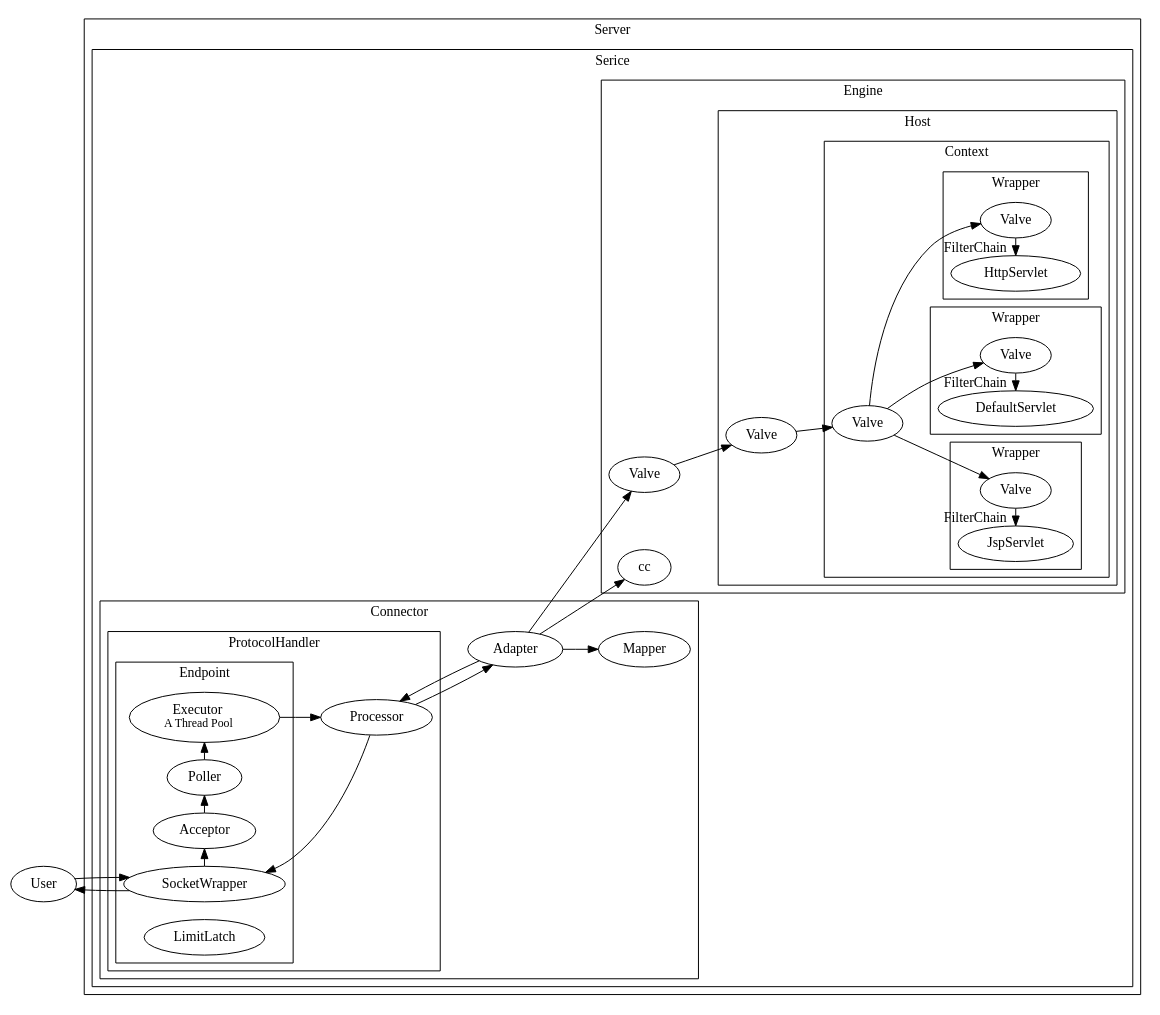
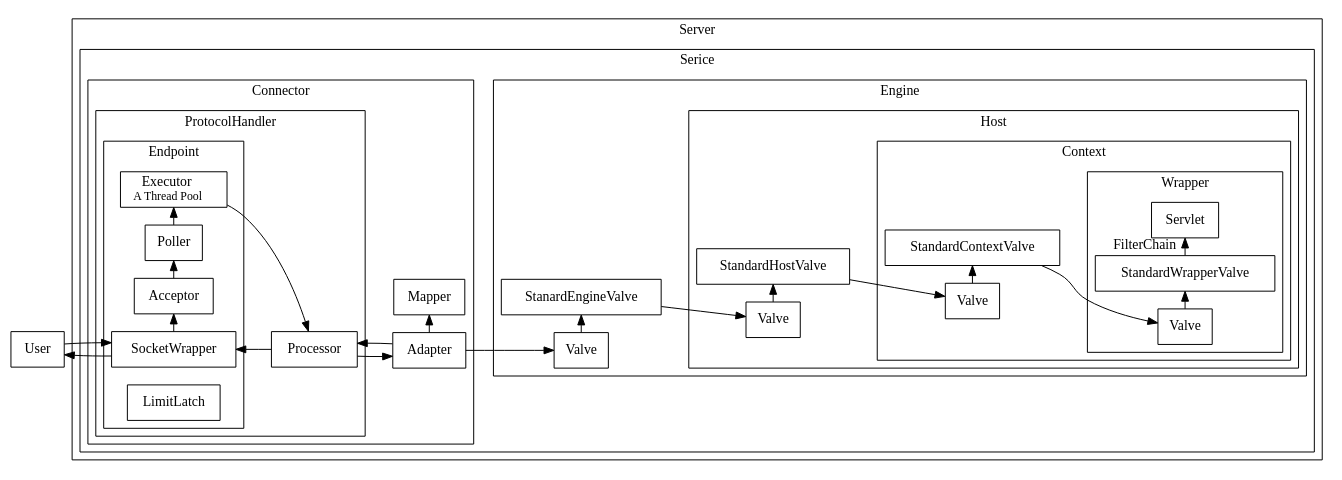
The second of 3 diagrams in docs/CS/Java/Tomcat/Tomcat.md (Robinpig/Note), drawn with Graphviz before and after one commit. The commit also changed other lines of this file, not shown here.

```diff
--- a/docs/CS/Java/Tomcat/Tomcat.md
+++ b/docs/CS/Java/Tomcat/Tomcat.md
@@ -155,6 +155,7 @@
 rankdir=LR;
 autosize=false;
  size="30.0, 38.3";
+  node [shape=box];
 
   User -> SocketWrapper;
  
@@ -163,11 +164,12 @@
   Processor;
   Executor -> Processor 
   
-  Engine_Valve -> Host_Valve;
-  Host_Valve -> Context_Valve;
-  Context_Valve -> Wrapper_Valve_1;
-  Context_Valve -> Wrapper_Valve_2;
-  Context_Valve -> Wrapper_Valve_3;
+  StanardEngineValve -> Host_Valve;
+  Host_Valve -> StandardHostValve;
+  StandardHostValve -> Context_Valve;
+  Context_Valve -> StandardContextValve;
+  StandardContextValve -> Wrapper_Valve_1;
+  Wrapper_Valve_1 -> StandardWrapperValve;
   
    SocketWrapper -> Acceptor;
    SocketWrapper -> User;
@@ -198,6 +200,7 @@
   
                 }
             Adapter;
+            {rank="same"; Adapter;Mapper;}
             Processor -> Adapter;
             Adapter -> Mapper;
             Adapter -> Processor;
@@ -210,38 +213,29 @@
             label="Engine"
             Engine_Valve [label="Valve"];
              Adapter -> Engine_Valve;
-             Adapter -> cc;
+             Engine_Valve -> StanardEngineValve;
+             {rank="same"; Engine_Valve;StanardEngineValve;}
              subgraph cluster_Host {
                 label="Host"
                 Host_Valve [label="Valve"];
+                {rank="same"; Host_Valve;StandardHostValve;}
                 subgraph cluster_Context {
                     label="Context"
                     autosize=false;
                     size="10.0, 18.3";
  
                     Context_Valve [label="Valve"];
-    
+                    {rank="same"; Context_Valve;StandardContextValve;}
                     subgraph cluster_Wrapper_1 {
                         label="Wrapper"
                         Wrapper_Valve_1 [label="Valve"];
-                        Servlet_1[label="JspServlet"];
+                        StandardWrapperValve;
+                        Servlet_1[label="Servlet"];
+                        {rank="same"; Wrapper_Valve_1;StandardWrapperValve;Servlet_1;}
                 
-                        Wrapper_Valve_1 -> Servlet_1 [headlabel="FilterChain" constraint=false];
+                        StandardWrapperValve -> Servlet_1 [headlabel="FilterChain"];
                     }
-                    subgraph cluster_Wrapper_2 {
-                        label="Wrapper"
-                        Wrapper_Valve_2 [label="Valve"];
-                        Servlet_2[label="DefaultServlet"];
-                
-                        Wrapper_Valve_2 -> Servlet_2 [headlabel="FilterChain" constraint=false];
-                    }
-                    subgraph cluster_Wrapper_3 {
-                        label="Wrapper"
-                        Wrapper_Valve_3 [label="Valve"];
-                        Servlet_3[label="HttpServlet"];
-  
-                        Wrapper_Valve_3 -> Servlet_3 [headlabel="FilterChain" constraint=false];
-                    }
+                    
                 }
     
             }
```
